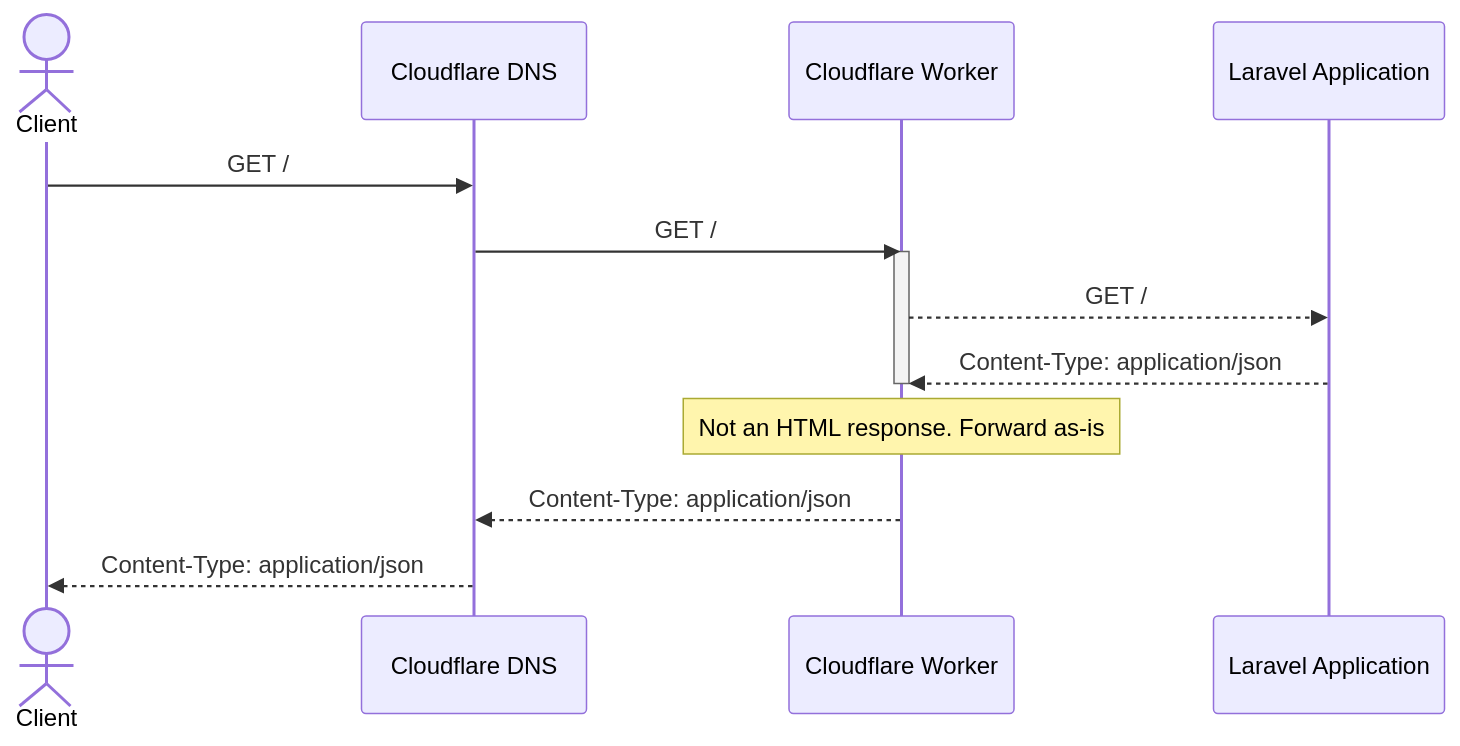
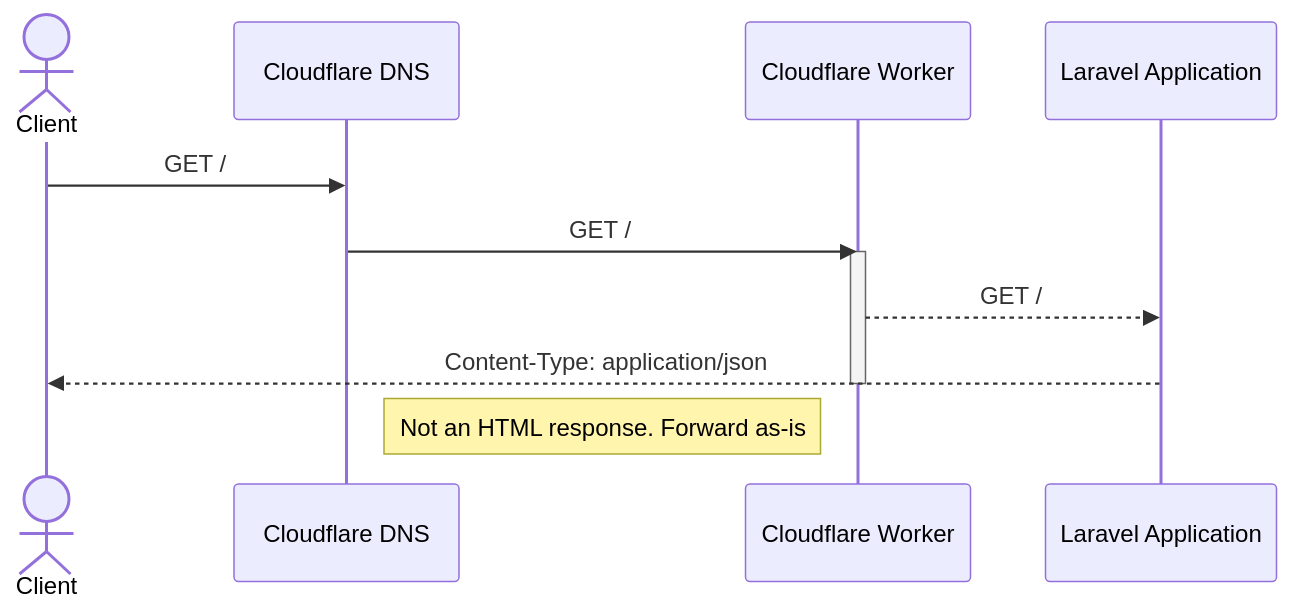
Before and after one commit to iksaku/inertias-edge-ssr-poc: the second of 2 diagrams in README.md, drawn with Mermaid. The commit also changed other lines of this file, not shown here.

Commit message:
Improve diagrams

````diff
--- a/README.md
+++ b/README.md
@@ -36,17 +35,15 @@
 ```mermaid
 sequenceDiagram
     actor C as Client
     participant CF as Cloudflare DNS
     participant W as Cloudflare Worker
     participant L as Laravel Application
 
     C->>CF: GET /
     CF->>W: GET /
     activate W
     W-->>L: GET /
-    L-->>W: Content-Type: application/json
+    L-->>C: Content-Type: application/json
     deactivate W
-    note over W: Not an HTML response. Forward as-is
-    W-->>CF: Content-Type: application/json
-    CF-->>C: Content-Type: application/json
+    note left of W: Not an HTML response. Forward as-is
 ```
````
